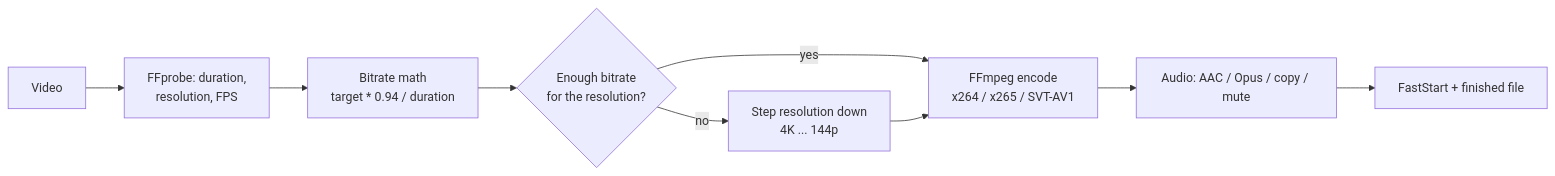
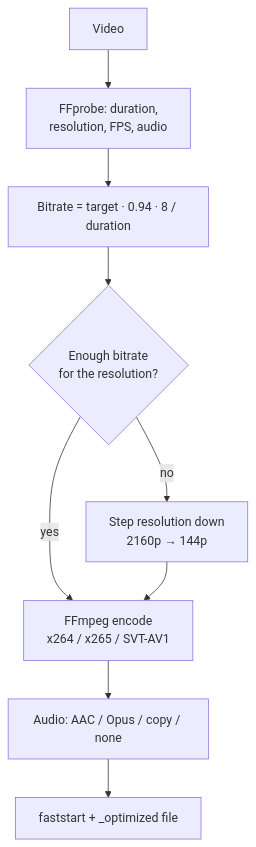
One commit to lepex1/compress changed the diagram in README.en.md. Above: the diagram before and after it, drawn with Mermaid. The commit also changed other lines of this file and 7 other files, not shown here.

````diff
--- a/README.en.md
+++ b/README.en.md
@@ -108,11 +108,11 @@
 ```mermaid
-flowchart LR
-    A[Video] --> B[FFprobe: duration,<br/>resolution, FPS]
-    B --> C[Bitrate math<br/>target * 0.94 / duration]
+flowchart TD
+    A[Video] --> B[FFprobe: duration,<br/>resolution, FPS, audio]
+    B --> C[Bitrate = target · 0.94 · 8 / duration]
     C --> D{Enough bitrate<br/>for the resolution?}
     D -->|yes| E[FFmpeg encode<br/>x264 / x265 / SVT-AV1]
-    D -->|no| F[Step resolution down<br/>4K ... 144p]
+    D -->|no| F[Step resolution down<br/>2160p → 144p]
     F --> E
-    E --> G[Audio: AAC / Opus / copy / mute]
-    G --> H[FastStart + finished file]
+    E --> G[Audio: AAC / Opus / copy / none]
+    G --> H[faststart + _optimized file]
 ```
````
